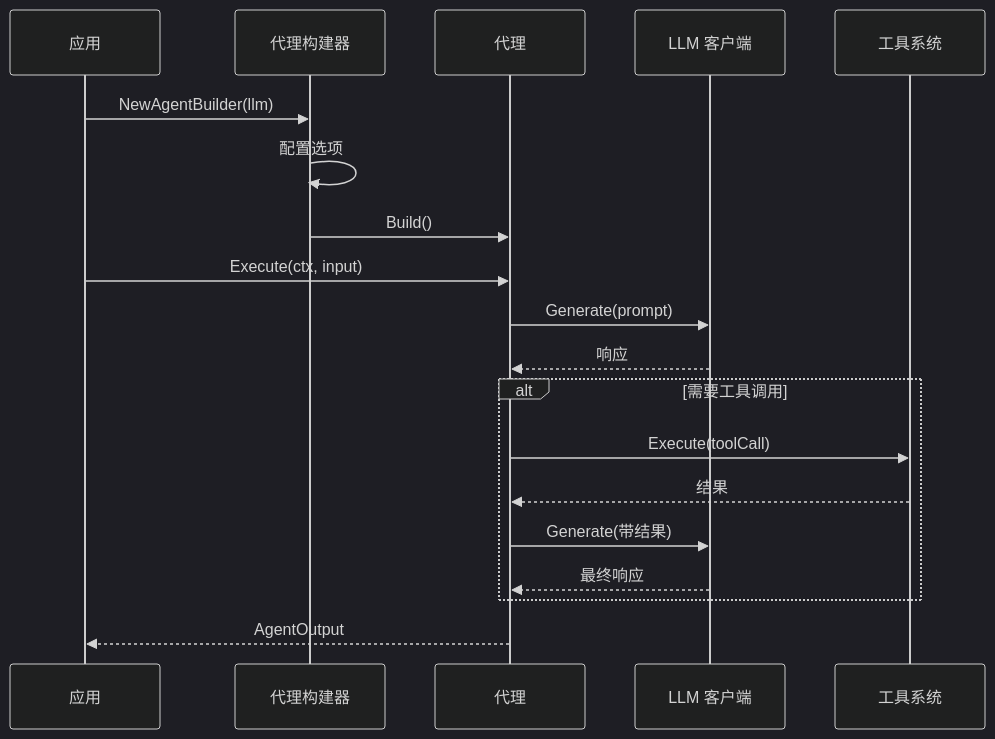
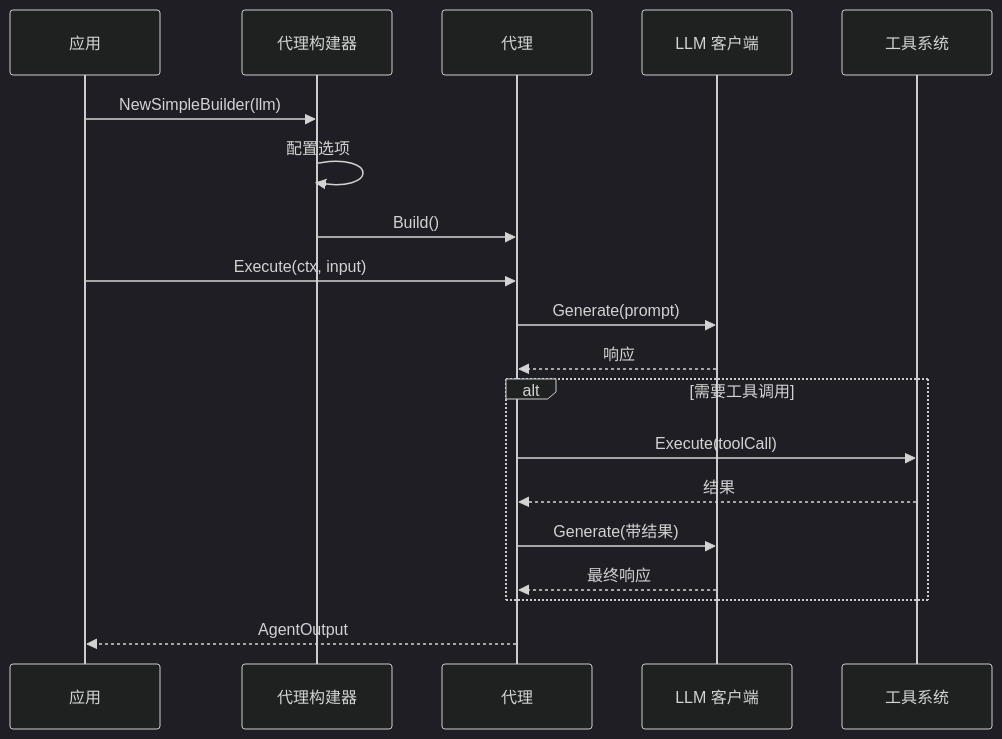
One commit to kart-io/goagent changed the second of 2 diagrams in README_CN.md. Above: the diagram before and after it, drawn with Mermaid (dark theme). The commit also changed other lines of this file and 20 other files, not shown here.

````diff
--- a/README_CN.md
+++ b/README_CN.md
@@ -170,25 +170,25 @@
 ```mermaid
 sequenceDiagram
     participant App as 应用
     participant Builder as 代理构建器
     participant Agent as 代理
     participant LLM as LLM 客户端
     participant Tools as 工具系统
 
-    App->>Builder: NewAgentBuilder(llm)
+    App->>Builder: NewSimpleBuilder(llm)
     Builder->>Builder: 配置选项
     Builder->>Agent: Build()
 
     App->>Agent: Execute(ctx, input)
     Agent->>LLM: Generate(prompt)
     LLM-->>Agent: 响应
 
     alt 需要工具调用
         Agent->>Tools: Execute(toolCall)
         Tools-->>Agent: 结果
         Agent->>LLM: Generate(带结果)
         LLM-->>Agent: 最终响应
     end
 
     Agent-->>App: AgentOutput
 ```
````
